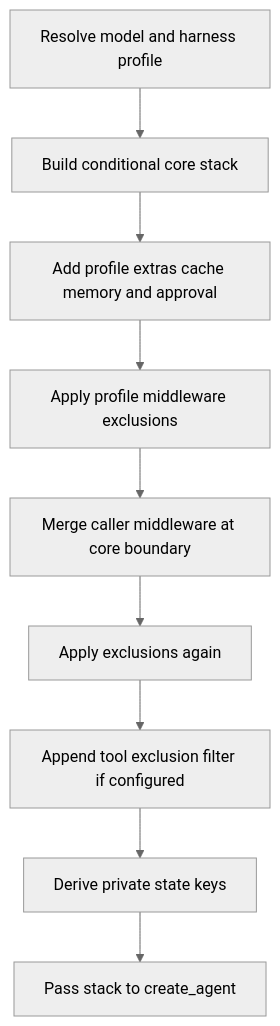
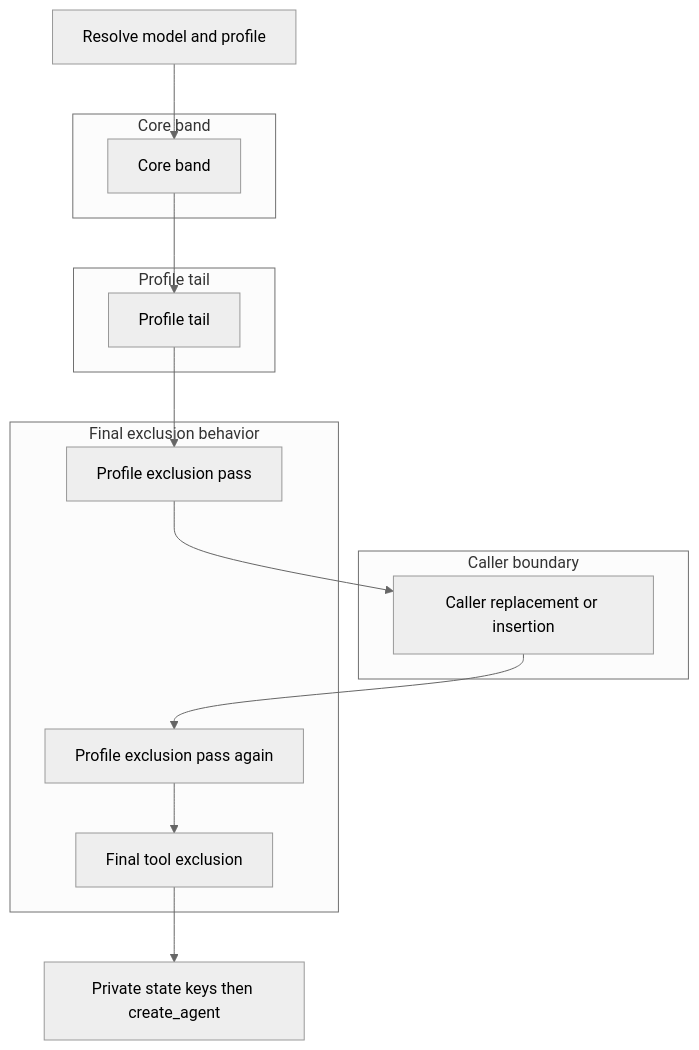
Before and after one commit to langchain-ai/deepagents: the diagram in openwiki/architecture/middleware-stack.md, drawn with Mermaid (neutral theme). The commit also changed other lines of this file and 56 other files, not shown here.

````diff
--- a/openwiki/architecture/middleware-stack.md
+++ b/openwiki/architecture/middleware-stack.md
@@ -43,11 +25,24 @@
 ```mermaid
 flowchart TD
-    Resolve["Resolve model and harness profile"] --> Core["Build conditional core stack"]
-    Core --> Tail["Add profile extras cache memory and approval"]
-    Tail --> FirstFilter["Apply profile middleware exclusions"]
-    FirstFilter --> Merge["Merge caller middleware at core boundary"]
-    Merge --> SecondFilter["Apply exclusions again"]
-    SecondFilter --> ToolFilter["Append tool exclusion filter if configured"]
-    ToolFilter --> State["Derive private state keys"]
-    State --> Agent["Pass stack to create_agent"]
+    A["Resolve model and profile"] --> B["Core band"]
+    B --> C["Profile tail"]
+    C --> D["Profile exclusion pass"]
+    D --> E["Caller replacement or insertion"]
+    E --> F["Profile exclusion pass again"]
+    F --> G["Final tool exclusion"]
+    G --> H["Private state keys then create_agent"]
+    subgraph CoreBand["Core band"]
+        B
+    end
+    subgraph ProfileBand["Profile tail"]
+        C
+    end
+    subgraph CallerBand["Caller boundary"]
+        E
+    end
+    subgraph FinalBand["Final exclusion behavior"]
+        D
+        F
+        G
+    end
 ```
````
